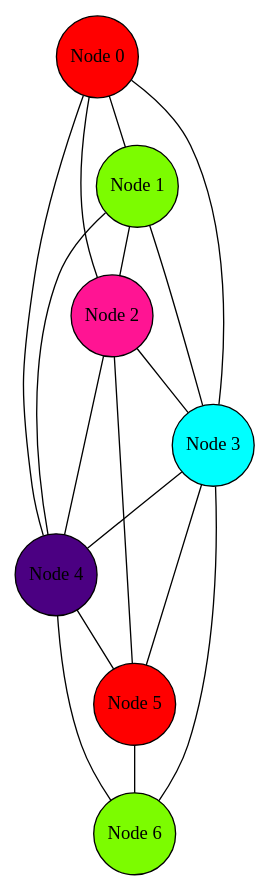
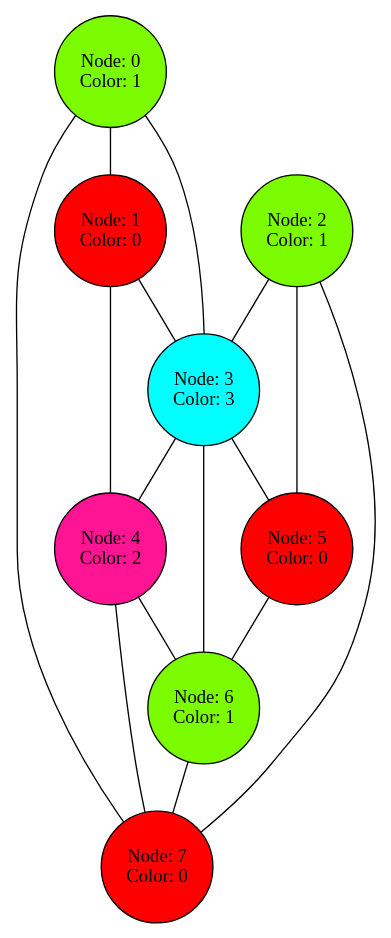
Before and after one commit to AlexanderSenchenko/Graph_coloring: the diagram in graph.gv, drawn with Graphviz. The commit also changed 6 other files, not shown here.

```diff
--- a/graph.gv
+++ b/graph.gv
@@ -1,29 +1,29 @@
 digraph HelloGraph {
 	node [shape="circle", style="filled", margin="0.01"];
 	edge [dir="none"];
 
-	"Node 0" [fillcolor="red"]
-	"Node 1" [fillcolor="lawngreen"]
-	"Node 2" [fillcolor="deeppink"]
-	"Node 3" [fillcolor="cyan"]
-	"Node 4" [fillcolor="indigo"]
-	"Node 5" [fillcolor="red"]
-	"Node 6" [fillcolor="lawngreen"]
+	"box0" [label="Node: 0\nColor: 1", fillcolor="lawngreen"];
+	"box1" [label="Node: 1\nColor: 0", fillcolor="red"];
+	"box2" [label="Node: 2\nColor: 1", fillcolor="lawngreen"];
+	"box3" [label="Node: 3\nColor: 3", fillcolor="cyan"];
+	"box4" [label="Node: 4\nColor: 2", fillcolor="deeppink"];
+	"box5" [label="Node: 5\nColor: 0", fillcolor="red"];
+	"box6" [label="Node: 6\nColor: 1", fillcolor="lawngreen"];
+	"box7" [label="Node: 7\nColor: 0", fillcolor="red"];
 
-	"Node 0" -> "Node 1";
-	"Node 0" -> "Node 2";
-	"Node 0" -> "Node 3";
-	"Node 0" -> "Node 4";
-	"Node 1" -> "Node 2";
-	"Node 1" -> "Node 3";
-	"Node 1" -> "Node 4";
-	"Node 2" -> "Node 3";
-	"Node 2" -> "Node 4";
-	"Node 2" -> "Node 5";
-	"Node 3" -> "Node 4";
-	"Node 3" -> "Node 5";
-	"Node 3" -> "Node 6";
-	"Node 4" -> "Node 5";
-	"Node 4" -> "Node 6";
-	"Node 5" -> "Node 6";
+	"box0" -> "box1";
+	"box0" -> "box3";
+	"box0" -> "box7";
+	"box1" -> "box3";
+	"box1" -> "box4";
+	"box2" -> "box3";
+	"box2" -> "box5";
+	"box2" -> "box7";
+	"box3" -> "box4";
+	"box3" -> "box5";
+	"box3" -> "box6";
+	"box4" -> "box6";
+	"box4" -> "box7";
+	"box5" -> "box6";
+	"box6" -> "box7";
 }
```
